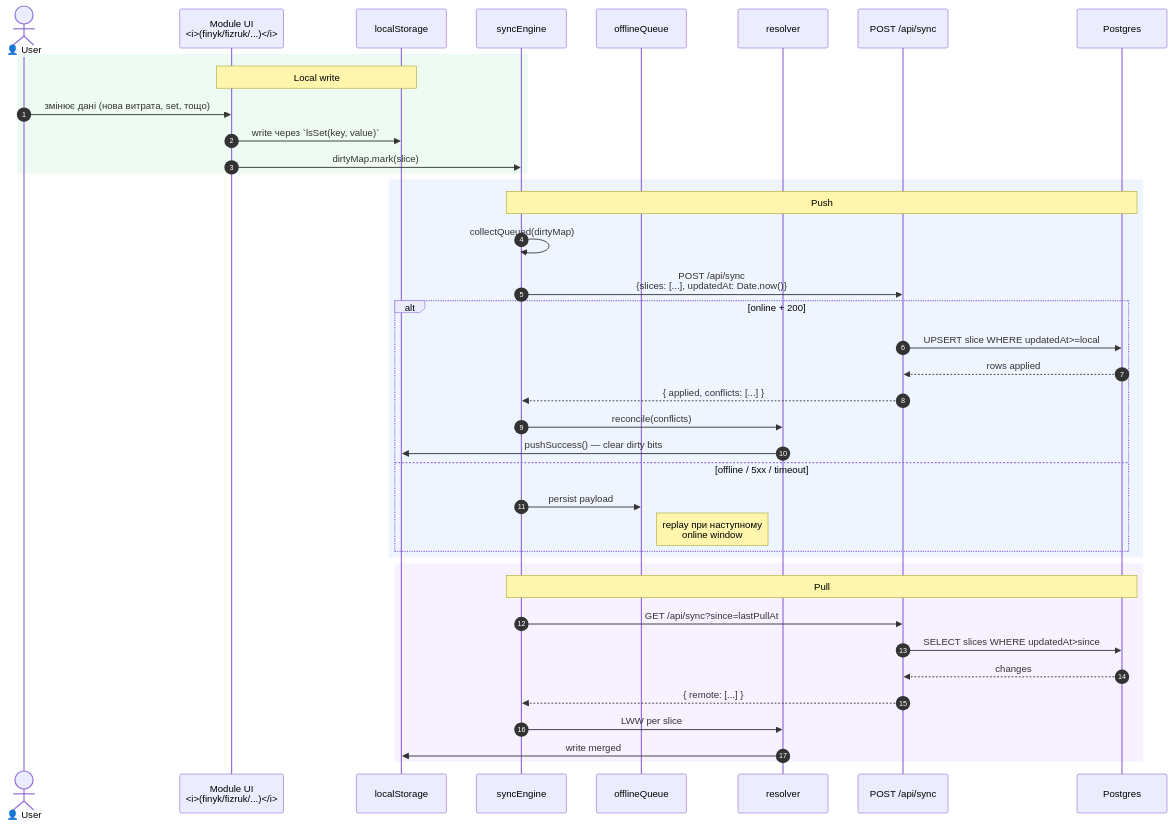
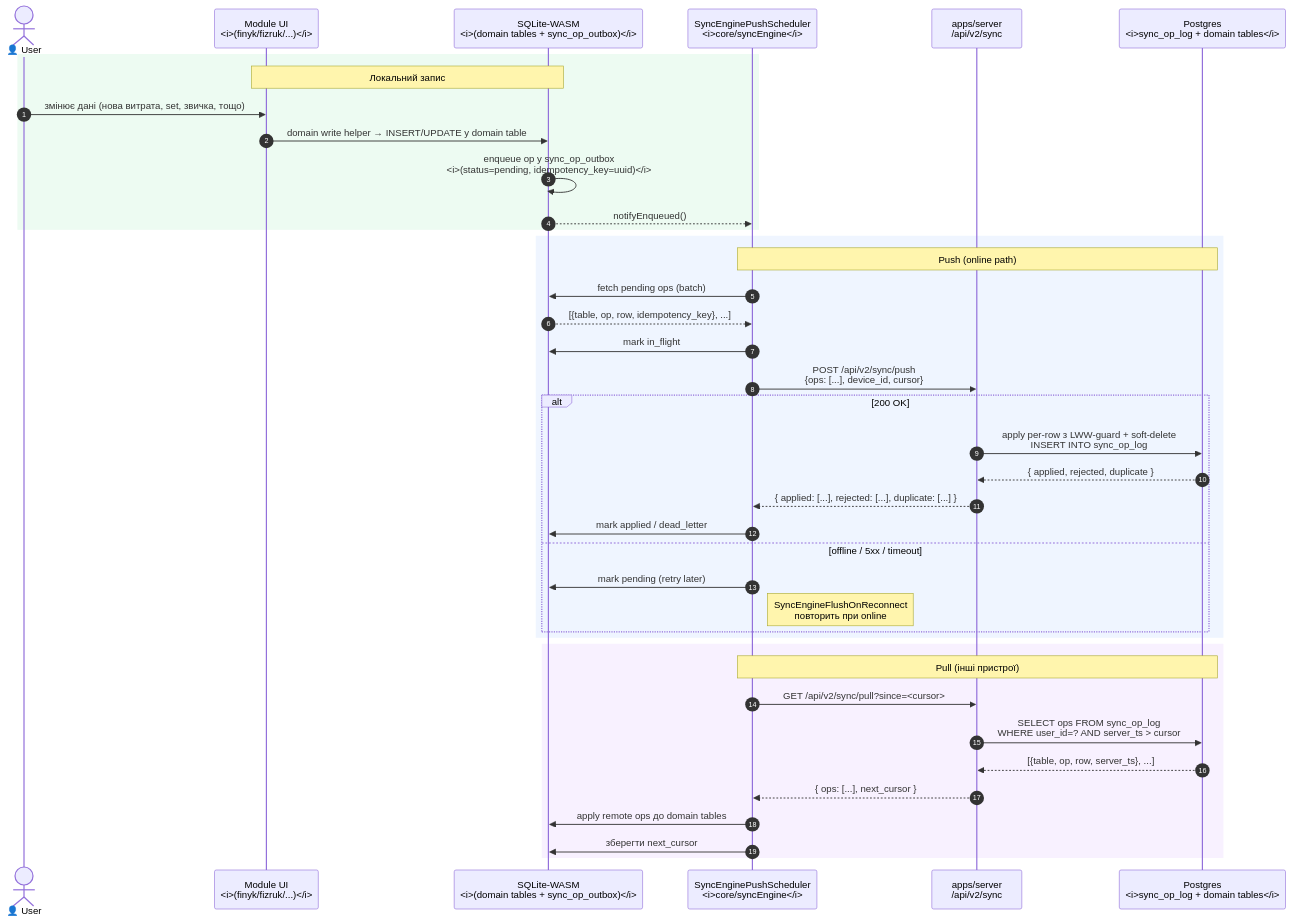
One commit to SkOrDs-02/sergeant changed the diagram in docs/architecture/diagrams/flow-cloudsync.md. Above: the diagram before and after it, drawn with Mermaid. The commit also changed other lines of this file and 8 other files, not shown here.

````diff
--- a/docs/architecture/diagrams/flow-cloudsync.md
+++ b/docs/architecture/diagrams/flow-cloudsync.md
@@ -8,45 +8,45 @@
 ```mermaid
 sequenceDiagram
     autonumber
     actor User as 👤 User
     participant UI as Module UI<br/><i>(finyk/fizruk/...)</i>
-    participant LS as localStorage
-    participant Engine as syncEngine
-    participant Queue as offlineQueue
-    participant Resolver as resolver
-    participant API as POST /api/sync
-    participant DB as Postgres
+    participant SQLite as SQLite-WASM<br/><i>(domain tables + sync_op_outbox)</i>
+    participant Engine as SyncEnginePushScheduler<br/><i>core/syncEngine</i>
+    participant API as apps/server<br/>/api/v2/sync
+    participant DB as Postgres<br/><i>sync_op_log + domain tables</i>
 
     rect rgba(34,197,94,0.08)
-    Note over UI,LS: Local write
-    User->>UI: змінює дані (нова витрата, set, тощо)
-    UI->>LS: write через `lsSet(key, value)`
-    UI->>Engine: dirtyMap.mark(slice)
+    Note over UI,SQLite: Локальний запис
+    User->>UI: змінює дані (нова витрата, set, звичка, тощо)
+    UI->>SQLite: domain write helper → INSERT/UPDATE у domain table
+    SQLite->>SQLite: enqueue op у sync_op_outbox<br/><i>(status=pending, idempotency_key=uuid)</i>
+    SQLite-->>Engine: notifyEnqueued()
     end
 
     rect rgba(59,130,246,0.08)
-    Note over Engine,DB: Push
-    Engine->>Engine: collectQueued(dirtyMap)
-    Engine->>API: POST /api/sync<br/>{slices: [...], updatedAt: Date.now()}
-    alt online + 200
-        API->>DB: UPSERT slice WHERE updatedAt>=local
-        DB-->>API: rows applied
-        API-->>Engine: { applied, conflicts: [...] }
-        Engine->>Resolver: reconcile(conflicts)
-        Resolver->>LS: pushSuccess() — clear dirty bits
+    Note over Engine,DB: Push (online path)
+    Engine->>SQLite: fetch pending ops (batch)
+    SQLite-->>Engine: [{table, op, row, idempotency_key}, ...]
+    Engine->>SQLite: mark in_flight
+    Engine->>API: POST /api/v2/sync/push<br/>{ops: [...], device_id, cursor}
+    alt 200 OK
+        API->>DB: apply per-row з LWW-guard + soft-delete<br/>INSERT INTO sync_op_log
+        DB-->>API: { applied, rejected, duplicate }
+        API-->>Engine: { applied: [...], rejected: [...], duplicate: [...] }
+        Engine->>SQLite: mark applied / dead_letter
     else offline / 5xx / timeout
-        Engine->>Queue: persist payload
-        Note right of Queue: replay при наступному<br/>online window
+        Engine->>SQLite: mark pending (retry later)
+        Note right of Engine: SyncEngineFlushOnReconnect<br/>повторить при online
     end
     end
 
     rect rgba(168,85,247,0.08)
-    Note over Engine,DB: Pull
-    Engine->>API: GET /api/sync?since=lastPullAt
-    API->>DB: SELECT slices WHERE updatedAt>since
-    DB-->>API: changes
-    API-->>Engine: { remote: [...] }
-    Engine->>Resolver: LWW per slice
-    Resolver->>LS: write merged
+    Note over Engine,DB: Pull (інші пристрої)
+    Engine->>API: GET /api/v2/sync/pull?since=<cursor>
+    API->>DB: SELECT ops FROM sync_op_log<br/>WHERE user_id=? AND server_ts > cursor
+    DB-->>API: [{table, op, row, server_ts}, ...]
+    API-->>Engine: { ops: [...], next_cursor }
+    Engine->>SQLite: apply remote ops до domain tables
+    Engine->>SQLite: зберегти next_cursor
     end
 ```
````
